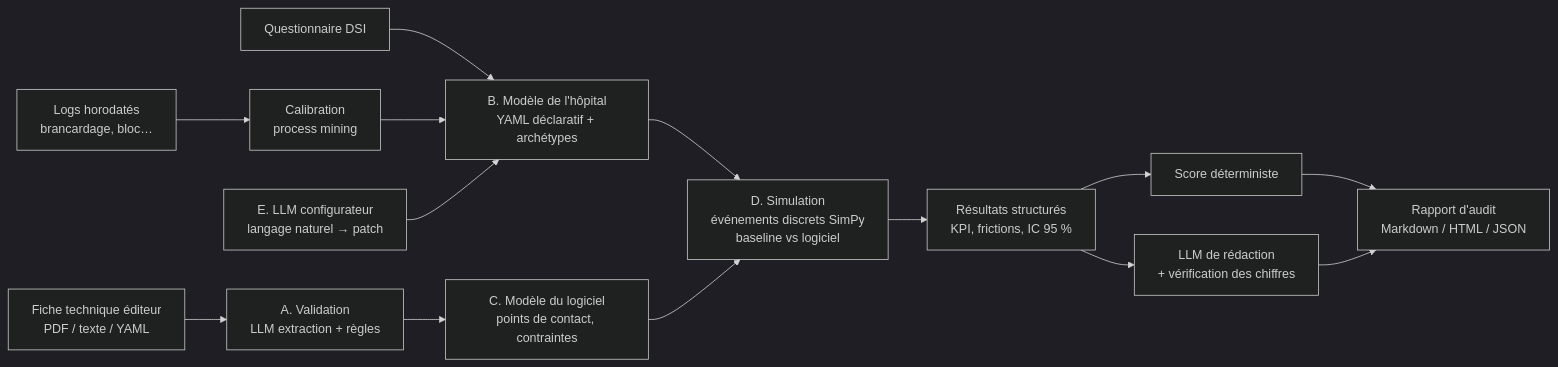
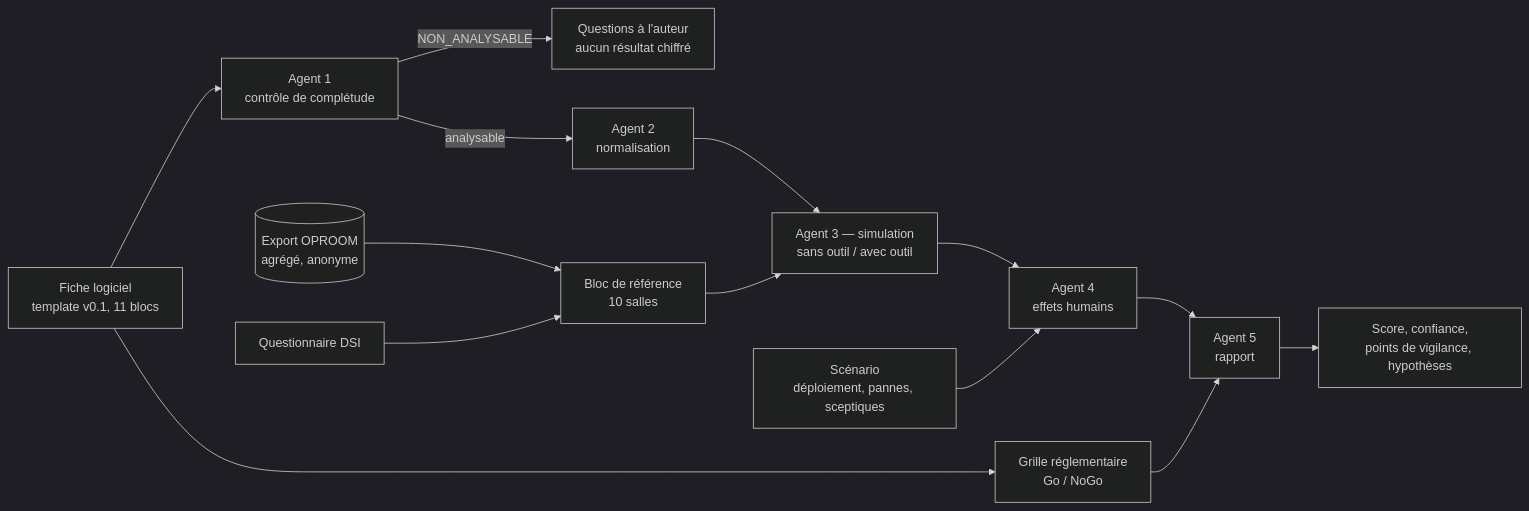
The diagram in README.md (Tototra/BLOCAPTA), drawn with Mermaid (dark theme) before and after one commit. The commit also changed other lines of this file and 25 other files, not shown here.

First line of the commit message:
Questionnaire DSI pour le bloc, périmètre de la fiche, documentation et exemples de rapports

````diff
--- a/README.md
+++ b/README.md
@@ -18,16 +20,16 @@
 ```mermaid
 flowchart LR
-    F[Fiche technique éditeur<br>PDF / texte / YAML] --> A[A. Validation<br>LLM extraction + règles]
-    Q[Questionnaire DSI] --> B
-    L[Logs horodatés<br>brancardage, bloc…] --> CAL[Calibration<br>process mining]
-    CAL --> B[B. Modèle de l'hôpital<br>YAML déclaratif + archétypes]
-    E[E. LLM configurateur<br>langage naturel → patch] --> B
-    A --> C[C. Modèle du logiciel<br>points de contact, contraintes]
-    B --> D[D. Simulation<br>événements discrets SimPy<br>baseline vs logiciel]
-    C --> D
-    D --> R[Résultats structurés<br>KPI, frictions, IC 95 %]
-    R --> S[Score déterministe]
-    R --> N[LLM de rédaction<br>+ vérification des chiffres]
-    S --> RAP[Rapport d'audit<br>Markdown / HTML / JSON]
-    N --> RAP
+    F[Fiche logiciel<br>template v0.1, 11 blocs] --> A1[Agent 1<br>contrôle de complétude]
+    F --> R[Grille réglementaire<br>Go / NoGo]
+    A1 -->|NON_ANALYSABLE| Q[Questions à l'auteur<br>aucun résultat chiffré]
+    A1 -->|analysable| A2[Agent 2<br>normalisation]
+    D[(Export OPROOM<br>agrégé, anonyme)] --> B[Bloc de référence<br>10 salles]
+    QD[Questionnaire DSI] --> B
+    B --> A3[Agent 3 — simulation<br>sans outil / avec outil]
+    A2 --> A3
+    S[Scénario<br>déploiement, pannes, sceptiques] --> A4
+    A3 --> A4[Agent 4<br>effets humains]
+    A4 --> A5[Agent 5<br>rapport]
+    R --> A5
+    A5 --> OUT[Score, confiance,<br>points de vigilance, hypothèses]
 ```
````
